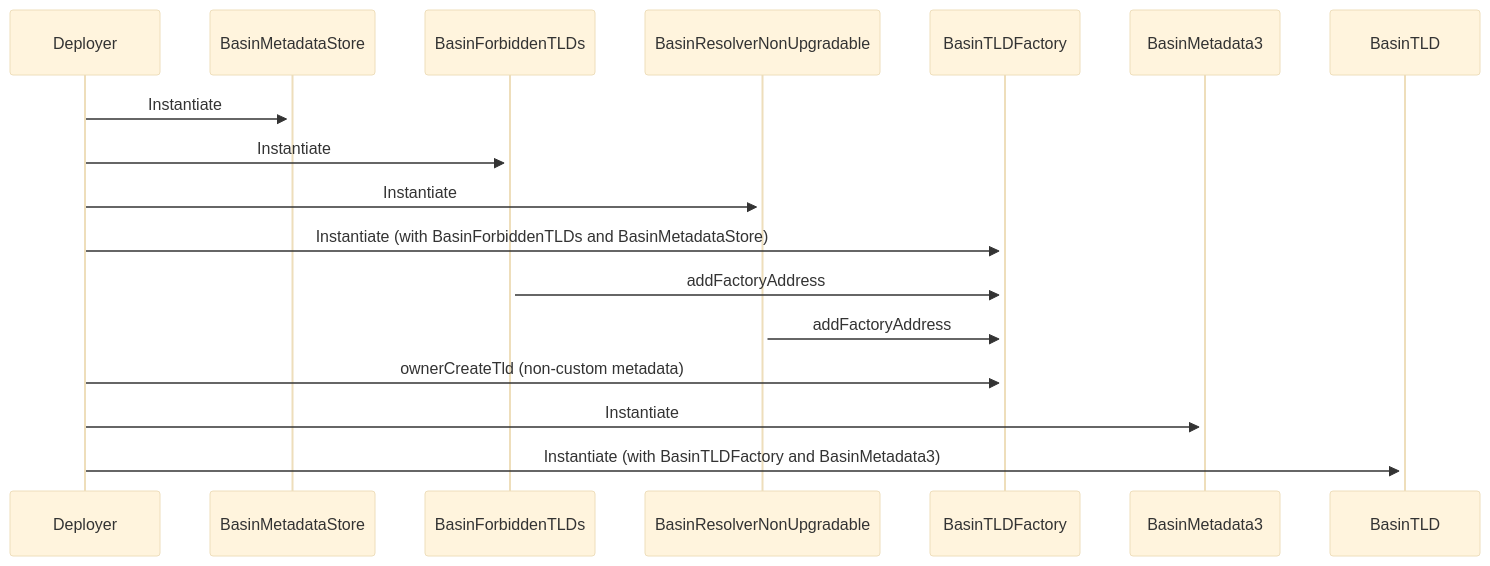
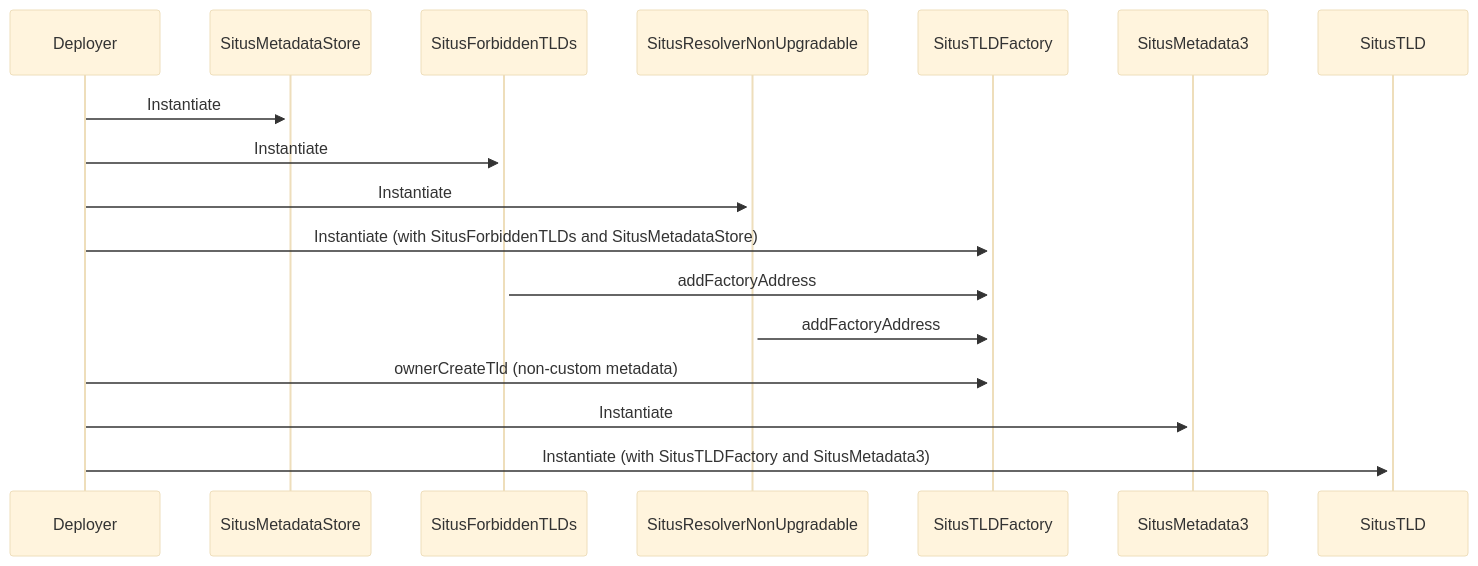
The diagram in README.md (basin-global/Situs-Protocol), drawn with Mermaid (base theme) before and after one commit. The commit also changed other lines of this file and 21 other files, not shown here.

````diff
--- a/README.md
+++ b/README.md
@@ -5,20 +5,20 @@
 ```mermaid
 sequenceDiagram
     participant deployer as Deployer
-    participant basinMetadataStore as BasinMetadataStore
-    participant basinForbiddenTLDs as BasinForbiddenTLDs
-    participant basinResolverNonUpgradable as BasinResolverNonUpgradable
-    participant basinTLDFactory as BasinTLDFactory
-    participant basinMetadata3 as BasinMetadata3
-    participant basinTLD as BasinTLD
+    participant basinMetadataStore as SitusMetadataStore
+    participant basinForbiddenTLDs as SitusForbiddenTLDs
+    participant basinResolverNonUpgradable as SitusResolverNonUpgradable
+    participant basinTLDFactory as SitusTLDFactory
+    participant basinMetadata3 as SitusMetadata3
+    participant basinTLD as SitusTLD
 
     deployer ->>+ basinMetadataStore: Instantiate
     deployer ->>+ basinForbiddenTLDs: Instantiate
     deployer ->>+ basinResolverNonUpgradable: Instantiate
-    deployer ->>+ basinTLDFactory: Instantiate (with BasinForbiddenTLDs and BasinMetadataStore)
+    deployer ->>+ basinTLDFactory: Instantiate (with SitusForbiddenTLDs and SitusMetadataStore)
     basinForbiddenTLDs ->>+ basinTLDFactory: addFactoryAddress
     basinResolverNonUpgradable ->>+ basinTLDFactory: addFactoryAddress
     deployer ->>+ basinTLDFactory: ownerCreateTld (non-custom metadata)
     deployer ->>+ basinMetadata3: Instantiate
-    deployer ->>+ basinTLD: Instantiate (with BasinTLDFactory and BasinMetadata3)
+    deployer ->>+ basinTLD: Instantiate (with SitusTLDFactory and SitusMetadata3)
 ```
````
